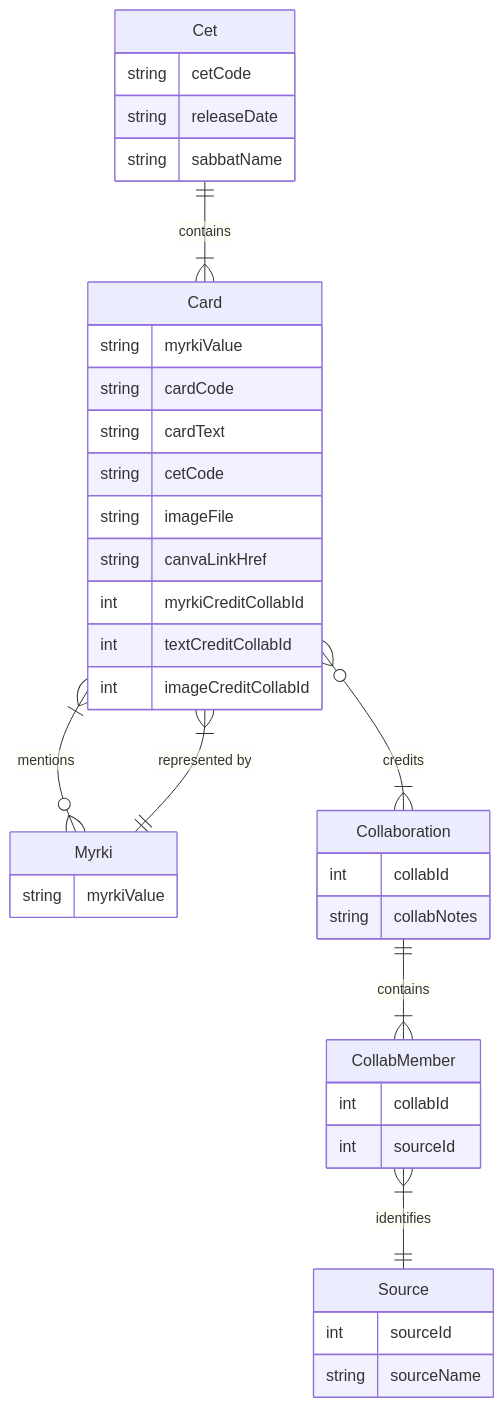
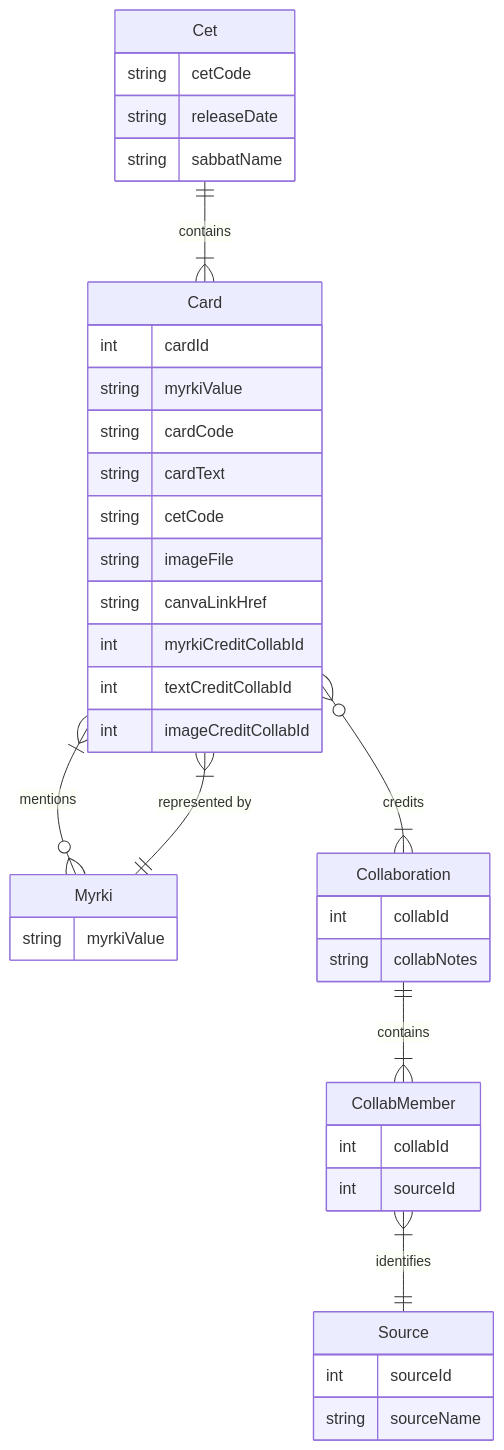
The diagram in README_ERD-Cards.md (BBuchholz/magickal-record), drawn with Mermaid before and after one commit.

Commit message:
Update ERD to include cardId field

````diff
--- a/README_ERD-Cards.md
+++ b/README_ERD-Cards.md
@@ -7,49 +7,50 @@
 ```mermaid
 	
 	erDiagram
 		
 		m[Myrki] {
 			string myrkiValue
 		}
 	
 		ct[Cet] {
 			string cetCode
 			string releaseDate
 			string sabbatName
 		}
 		
 		c[Card] {
+			int cardId
 			string myrkiValue
 			string cardCode
 			string cardText
 			string cetCode
 			string imageFile
 			string canvaLinkHref
 			int myrkiCreditCollabId
 			int textCreditCollabId
 			int imageCreditCollabId
 		}
 		
 		src[Source] {
 			int sourceId
 			string sourceName
 		}
 		
 		col[Collaboration] {
 			int collabId
 			string collabNotes
 		}
 		
 		cm[CollabMember] {
 			int collabId 
 			int sourceId 
 		}
 		
 		ct ||--|{ c : "contains"
 		c }|--o{ m : "mentions"
 		c }|--|| m : "represented by"
 		c }o--|{ col : credits
 		col ||--|{ cm : contains
 		cm }|--|| src : identifies 
 
 ```
````
